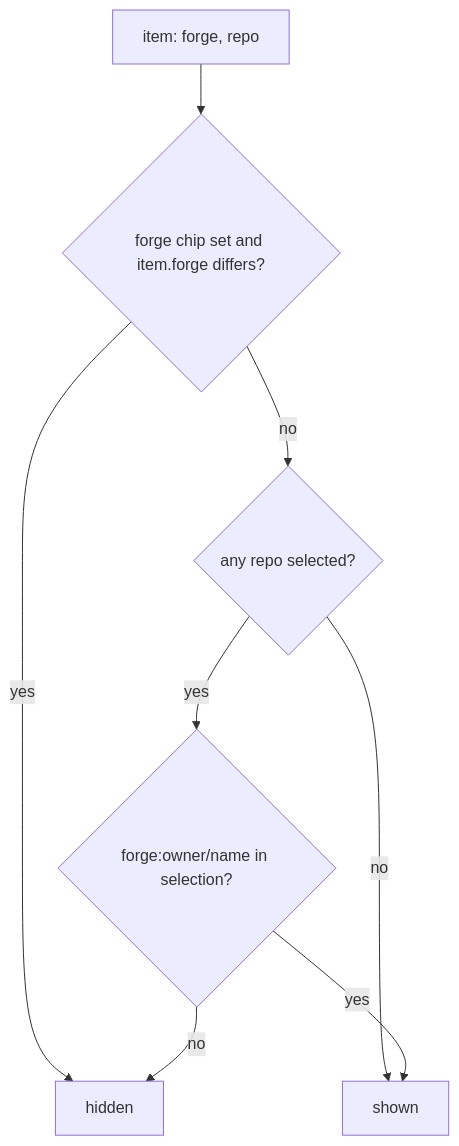
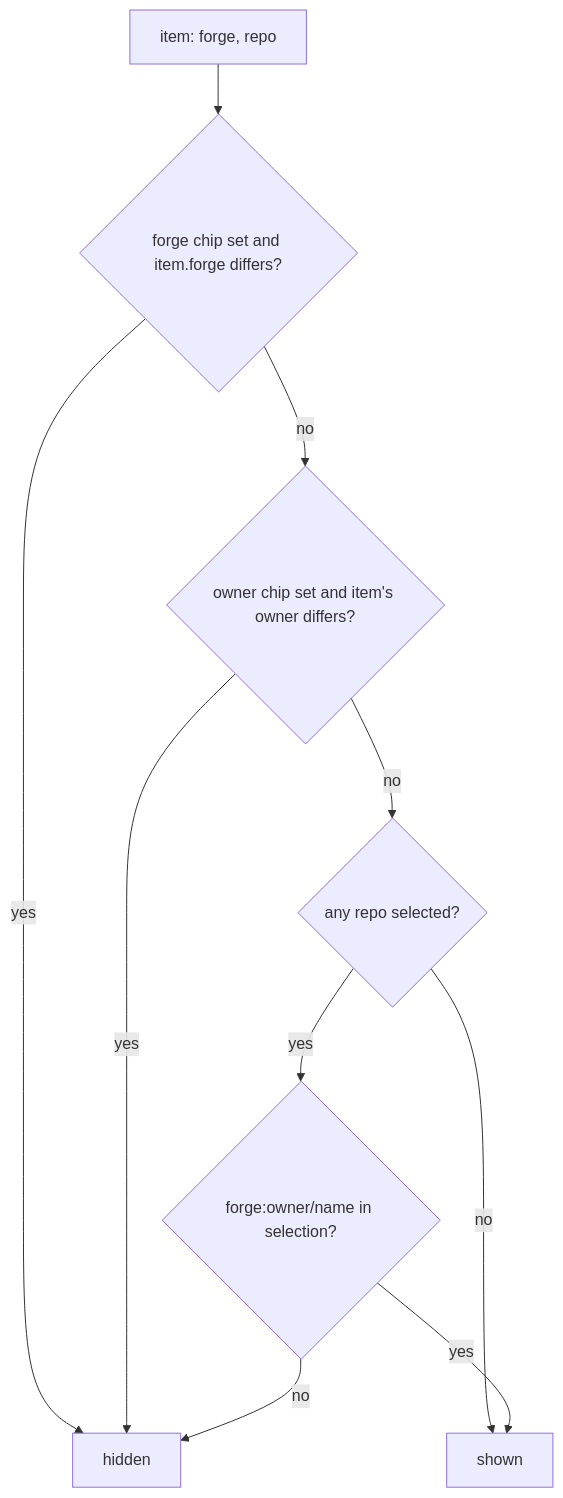
Before and after one commit to freaxnx01/bridge: the third of 3 diagrams in docs/design/repo-filter/flow.md, drawn with Mermaid. The commit also changed other lines of this file and 3 other files, not shown here.

First line of the commit message:
docs(web): add the owner level to the repo filter bar design (#393)

````diff
--- a/docs/design/repo-filter/flow.md
+++ b/docs/design/repo-filter/flow.md
@@ -38,10 +39,12 @@
 ```mermaid
 flowchart TD
   I[item: forge, repo] --> A{forge chip set and item.forge differs?}
   A -- yes --> H[hidden]
-  A -- no --> B{any repo selected?}
+  A -- no --> O{owner chip set and item's owner differs?}
+  O -- yes --> H
+  O -- no --> B{any repo selected?}
   B -- no --> S[shown]
   B -- yes --> C{"forge:owner/name in selection?"}
   C -- yes --> S
   C -- no --> H
 ```
````
